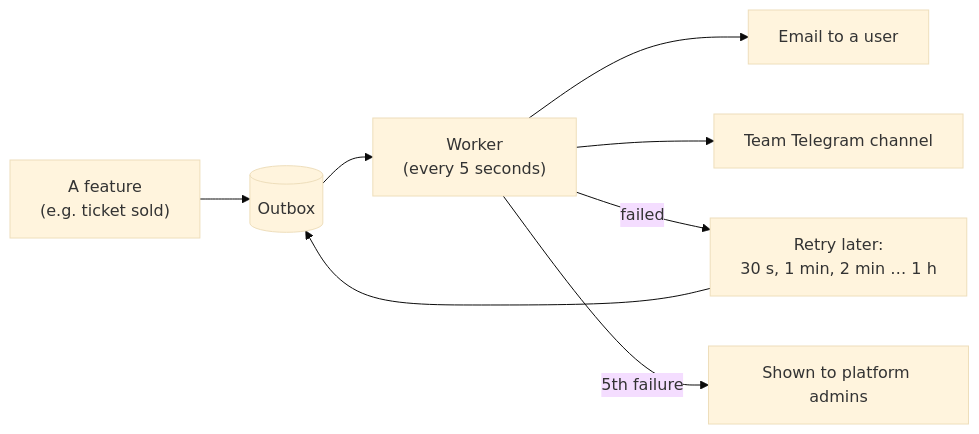
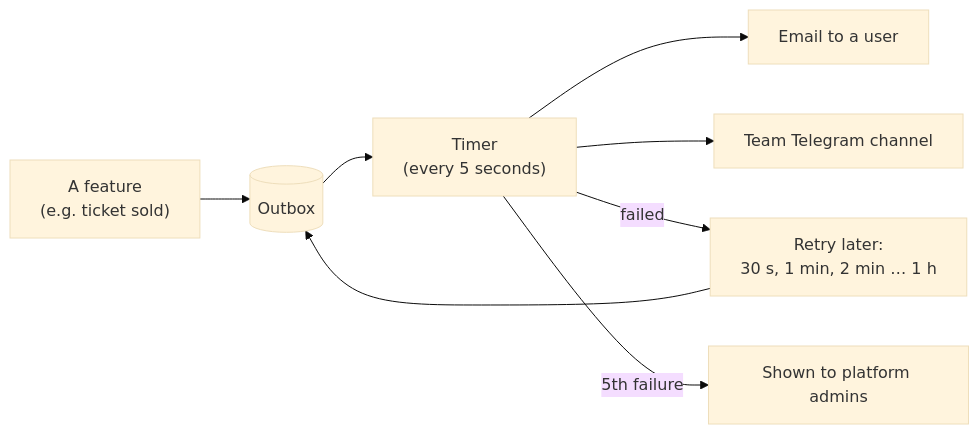
Before and after one commit to Konkrad/cms: the diagram in src/core/notifications/features/notifications.md, drawn with Mermaid (base theme). The commit also changed other lines of this file and 2 other files, not shown here.

Commit message:
Feature notes: background jobs are timers working off database queues
Refs #52

````diff
--- a/src/core/notifications/features/notifications.md
+++ b/src/core/notifications/features/notifications.md
@@ -14,9 +14,9 @@
 ```mermaid
 flowchart LR
     F["A feature<br/>(e.g. ticket sold)"] --> O[("Outbox")]
-    O --> W["Worker<br/>(every 5 seconds)"]
+    O --> W["Timer<br/>(every 5 seconds)"]
     W --> E["Email to a user"]
     W --> T["Team Telegram channel"]
     W -- "failed" --> RETRY["Retry later:<br/>30 s, 1 min, 2 min … 1 h"] --> O
     W -- "5th failure" --> ADMIN["Shown to platform admins"]
 ```
````
